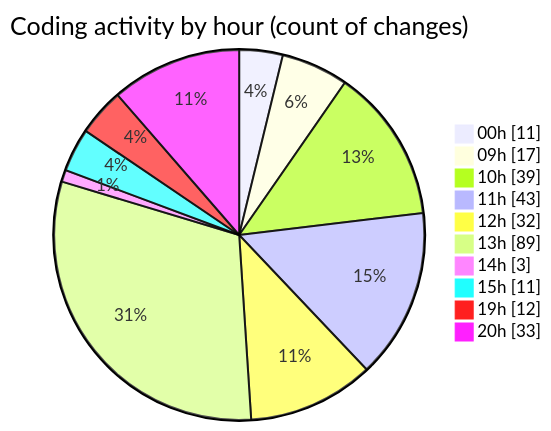
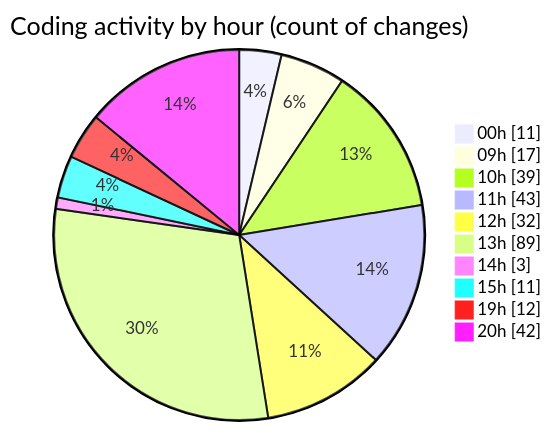
Before and after one commit to momahboobian/code-tracking: the second of 2 diagrams in 2026-09-02/cda/README.md, drawn with Mermaid. The commit also changed other lines of this file and 1 other file, not shown here.

````diff
--- a/2026-09-02/cda/README.md
+++ b/2026-09-02/cda/README.md
@@ -91,14 +92,14 @@
 ```mermaid
 pie showData
 title Coding activity by hour (count of changes)
 "00h" : 11
 "09h" : 17
 "10h" : 39
 "11h" : 43
 "12h" : 32
 "13h" : 89
 "14h" : 3
 "15h" : 11
 "19h" : 12
-"20h" : 33
+"20h" : 42
 ```
````
